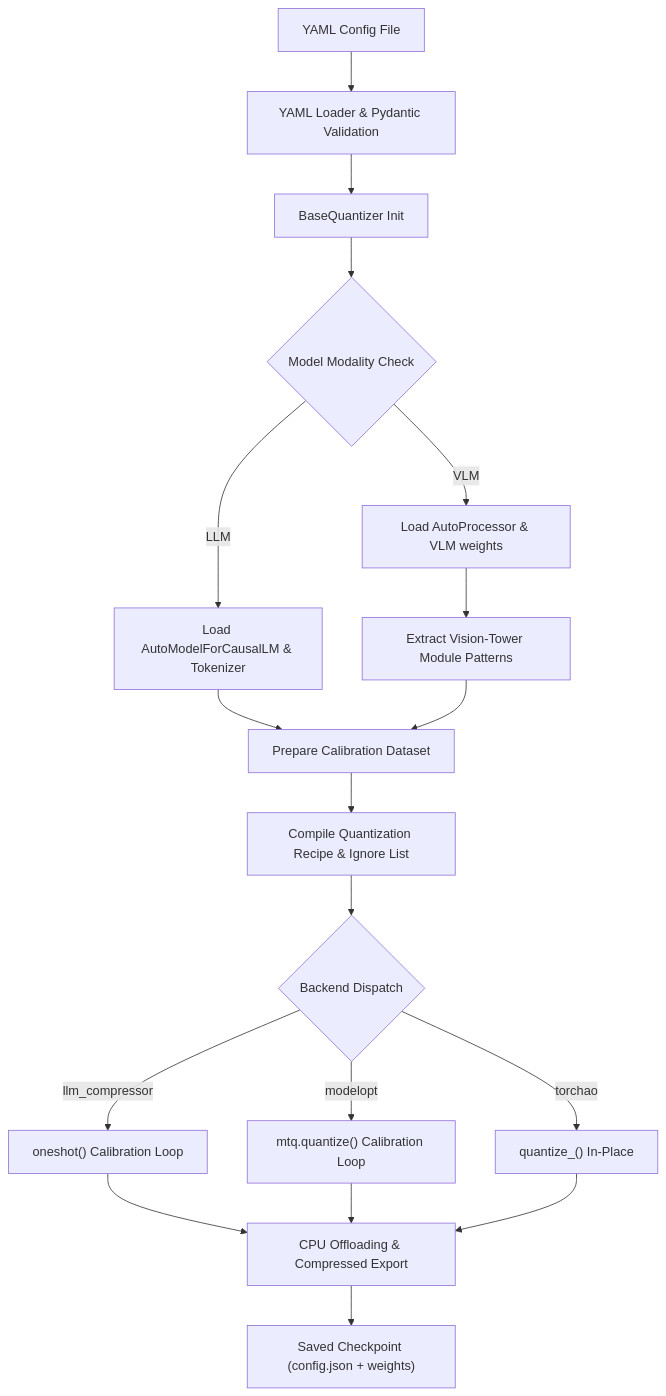
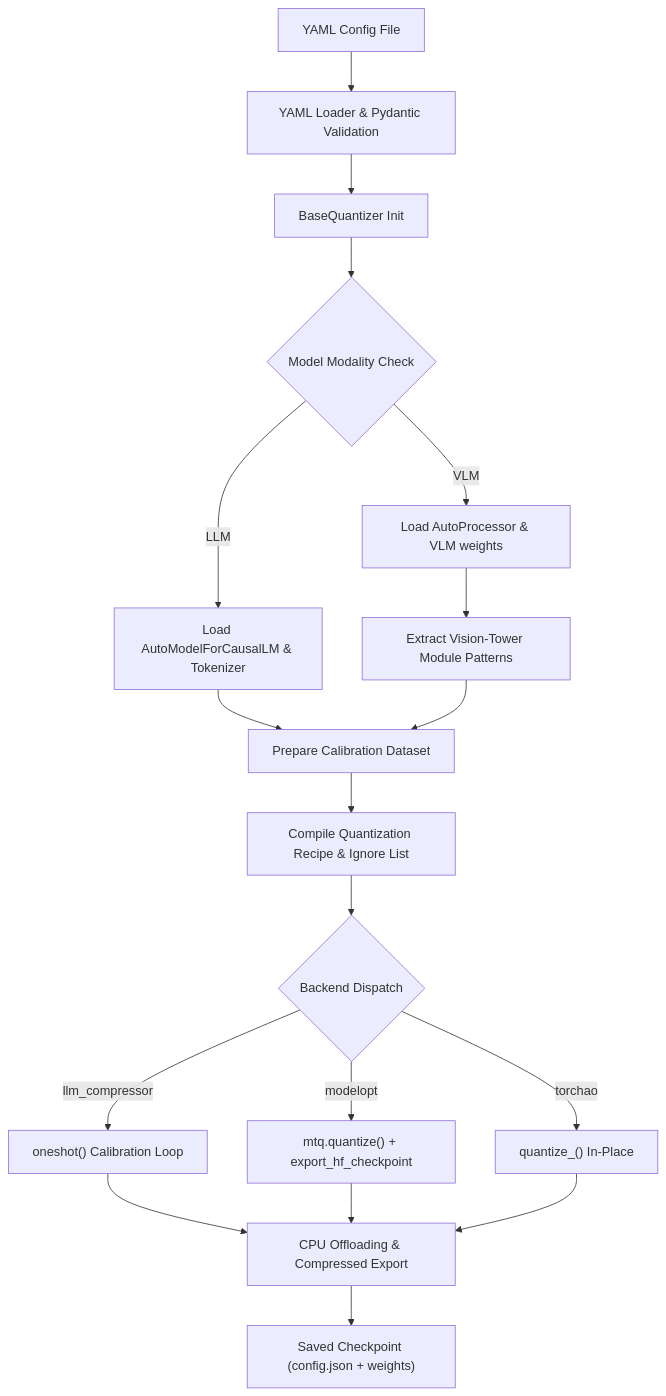
The first of 2 diagrams in README.md (ramprasathk07/TripleQuant-VLM), drawn with Mermaid before and after one commit. The commit also changed other lines of this file and 43 other files, not shown here.

````diff
--- a/README.md
+++ b/README.md
@@ -213,20 +237,20 @@
 ```mermaid
 graph TD
     A["YAML Config File"] --> B["YAML Loader & Pydantic Validation"]
     B --> C["BaseQuantizer Init"]
     C --> D{"Model Modality Check"}
     D -- "LLM" --> E["Load AutoModelForCausalLM & Tokenizer"]
     D -- "VLM" --> F["Load AutoProcessor & VLM weights"]
     F --> G["Extract Vision-Tower Module Patterns"]
     E --> H["Prepare Calibration Dataset"]
     G --> H
     H --> I["Compile Quantization Recipe & Ignore List"]
     I --> J{"Backend Dispatch"}
     J -- "llm_compressor" --> K["oneshot() Calibration Loop"]
-    J -- "modelopt" --> L["mtq.quantize() Calibration Loop"]
+    J -- "modelopt" --> L["mtq.quantize() + export_hf_checkpoint"]
     J -- "torchao" --> L2["quantize_() In-Place"]
     K --> M["CPU Offloading & Compressed Export"]
     L --> M
     L2 --> M
     M --> N["Saved Checkpoint (config.json + weights)"]
 ```
````
